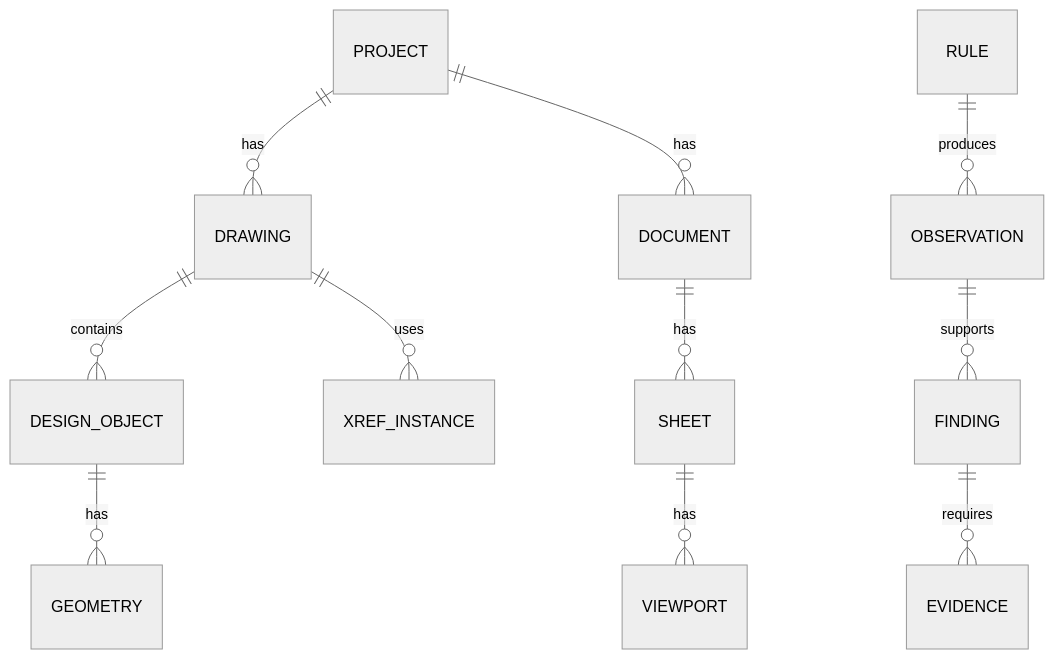
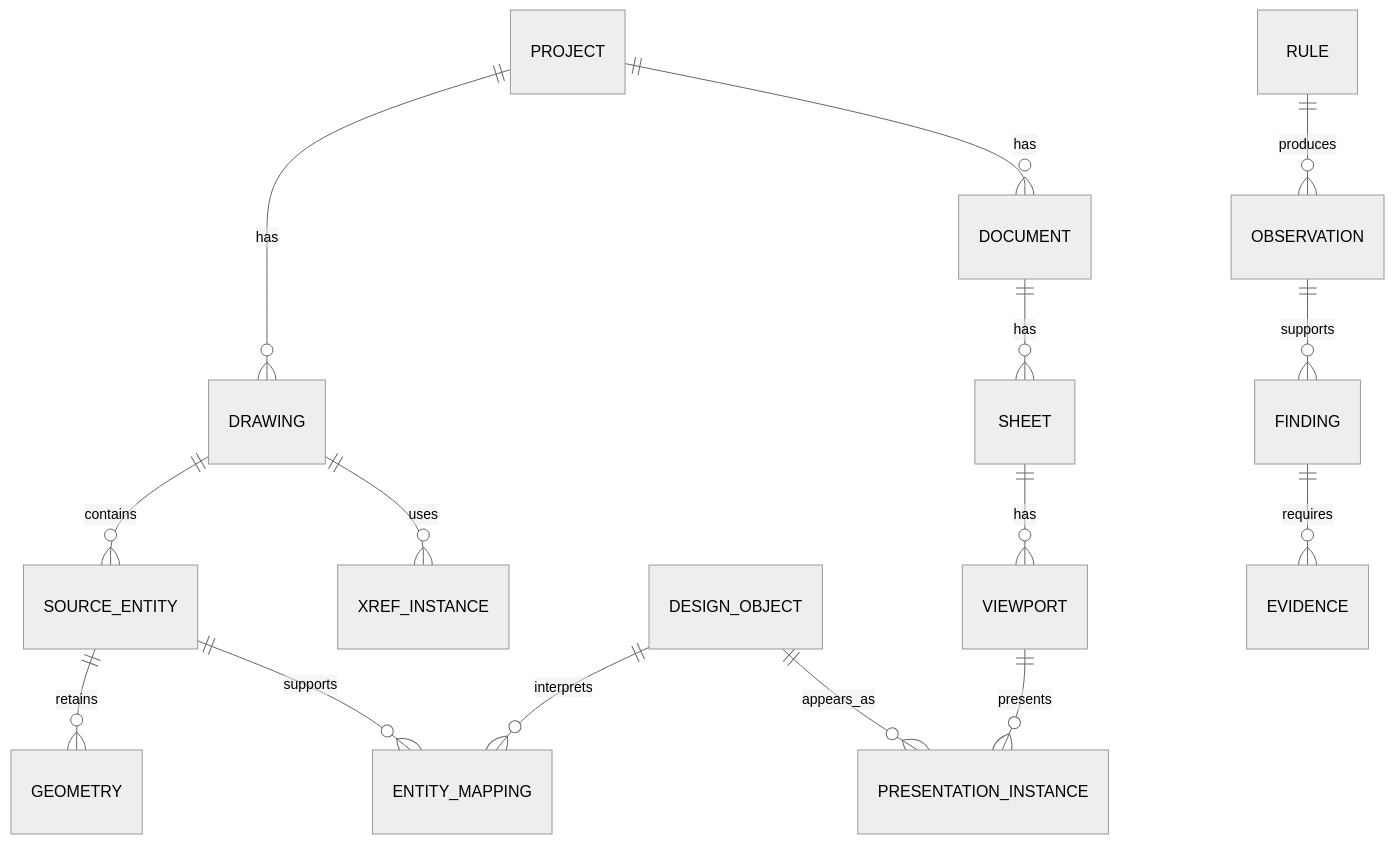
One commit to dkylewillis/core changed the diagram in docs/diagrams/core-data-model.md. Above: the diagram before and after it, drawn with Mermaid (neutral theme). The commit also changed 9 other files, not shown here.

````diff
--- a/docs/diagrams/core-data-model.md
+++ b/docs/diagrams/core-data-model.md
@@ -3,13 +3,17 @@
 ```mermaid
 erDiagram
   PROJECT ||--o{ DRAWING : has
   PROJECT ||--o{ DOCUMENT : has
-  DRAWING ||--o{ DESIGN_OBJECT : contains
+  DRAWING ||--o{ SOURCE_ENTITY : contains
   DRAWING ||--o{ XREF_INSTANCE : uses
-  DESIGN_OBJECT ||--o{ GEOMETRY : has
+  SOURCE_ENTITY ||--o{ GEOMETRY : retains
+  SOURCE_ENTITY ||--o{ ENTITY_MAPPING : supports
+  DESIGN_OBJECT ||--o{ ENTITY_MAPPING : interprets
   DOCUMENT ||--o{ SHEET : has
   SHEET ||--o{ VIEWPORT : has
+  DESIGN_OBJECT ||--o{ PRESENTATION_INSTANCE : appears_as
+  VIEWPORT ||--o{ PRESENTATION_INSTANCE : presents
   RULE ||--o{ OBSERVATION : produces
   OBSERVATION ||--o{ FINDING : supports
   FINDING ||--o{ EVIDENCE : requires
 ```
````
